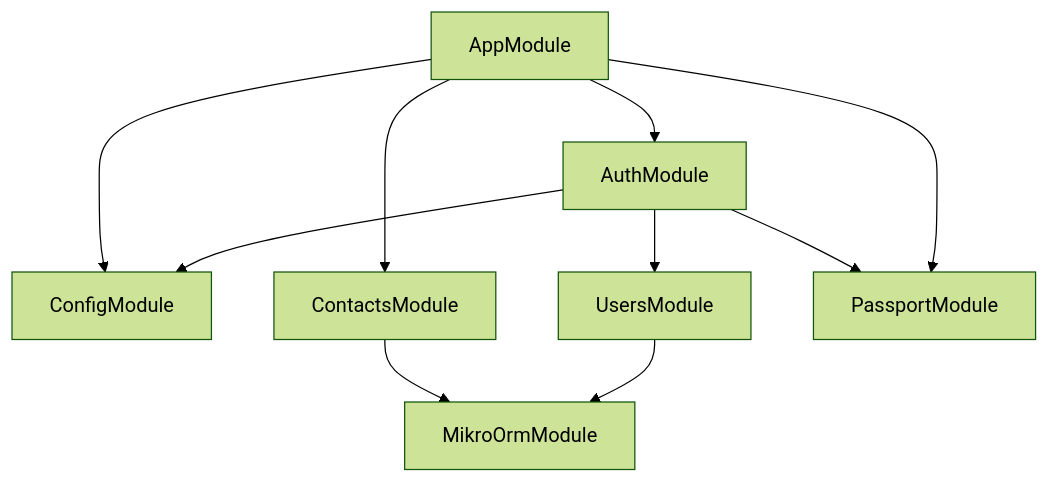
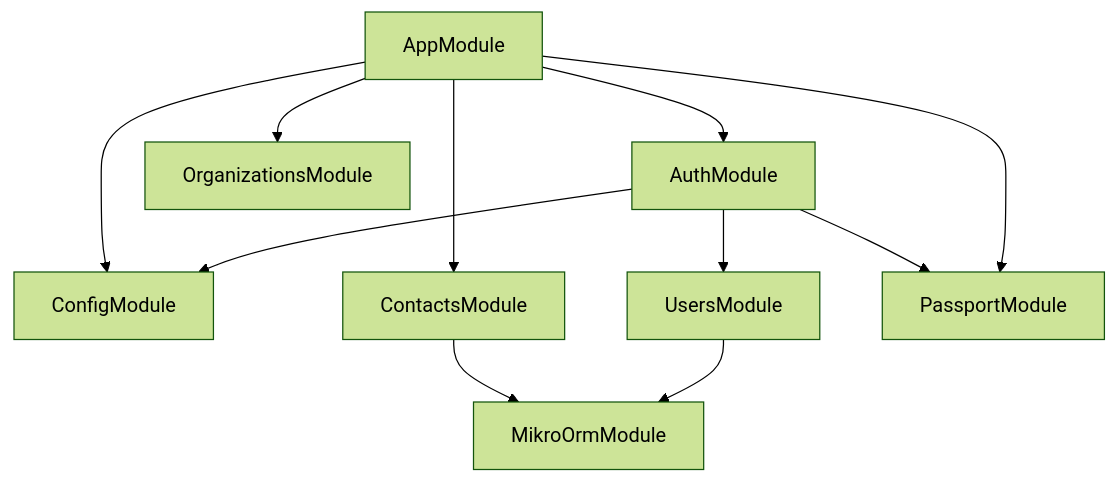
The diagram in docs/DependencyGraph.md (gpo/grassroots), drawn with Mermaid (forest theme) before and after one commit. The commit also changed 1 other file, not shown here.

Commit message:
Add missing files

````diff
--- a/docs/DependencyGraph.md
+++ b/docs/DependencyGraph.md
@@ -1,12 +1,13 @@
 ```mermaid
 graph TD
   AppModule-->ConfigModule
 AppModule-->ContactsModule
 ContactsModule-->MikroOrmModule
 AppModule-->AuthModule
 AuthModule-->UsersModule
 UsersModule-->MikroOrmModule
 AuthModule-->PassportModule
 AuthModule-->ConfigModule
 AppModule-->PassportModule
+AppModule-->OrganizationsModule
 ```
````
